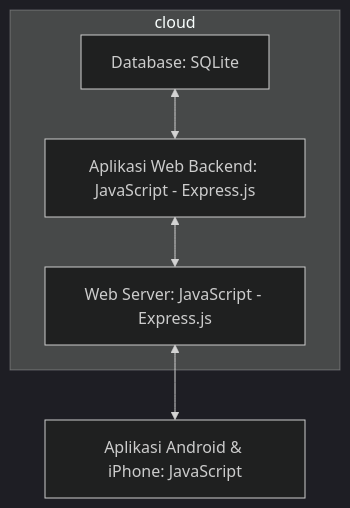
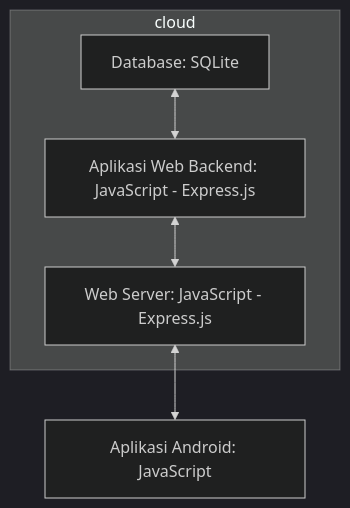
The second of 2 diagrams in README.md (nabilaaulia15/membuatteknologiinformasi), drawn with Mermaid (dark theme) before and after one commit.

````diff
--- a/README.md
+++ b/README.md
@@ -81,8 +81,8 @@
 ```mermaid
 flowchart BT 
   subgraph cloud
     B[Web Server: JavaScript - Express.js] <--> C[Aplikasi Web Backend: JavaScript - Express.js] 
     C <--> D[Database: SQLite] 
   end
-  A[Aplikasi Android & iPhone: JavaScript] <--> B
+  A[Aplikasi Android: JavaScript] <--> B
 ```
````
